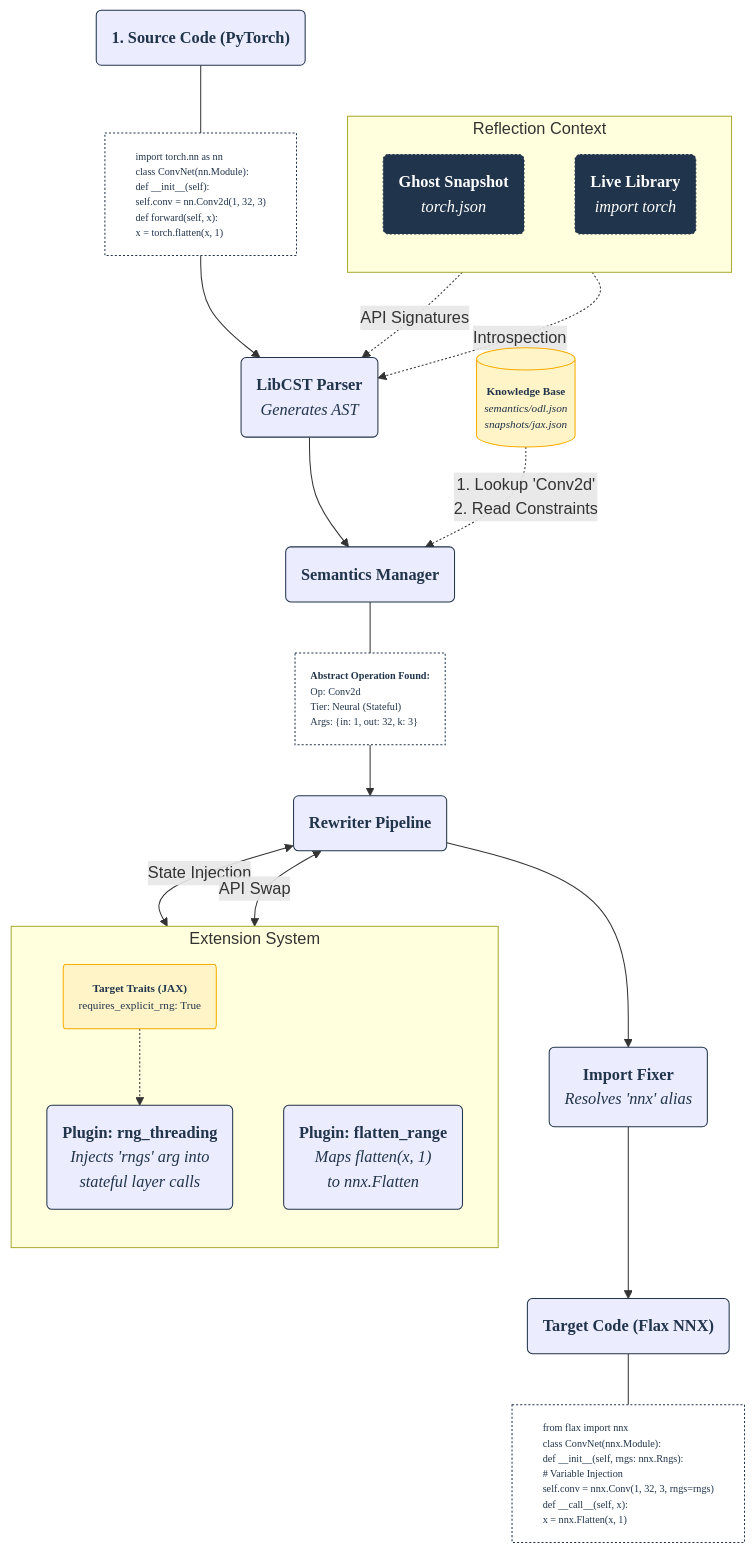
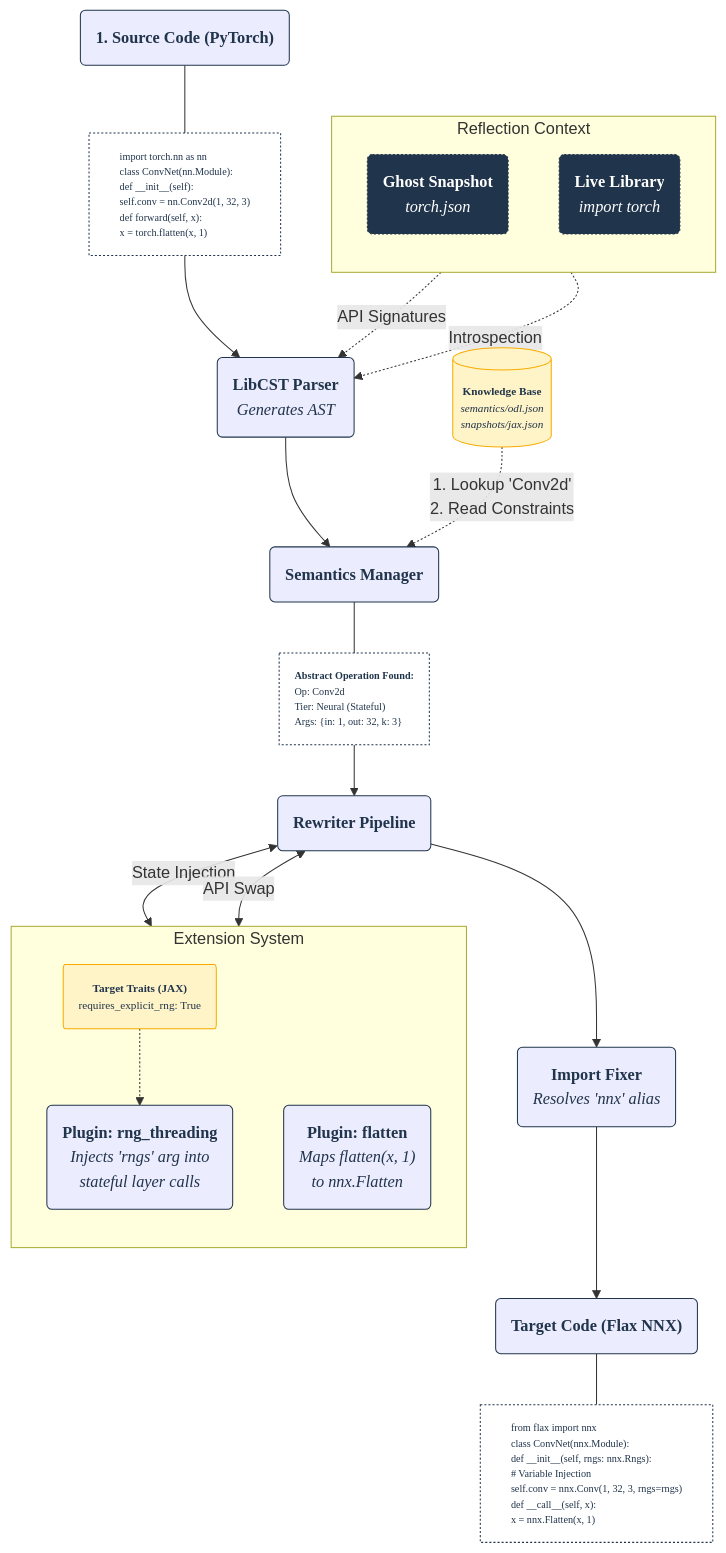
One commit to SamuelMarks/ml-switcheroo changed the second of 2 diagrams in README.md. Above: the diagram before and after it, drawn with Mermaid. The commit also changed other lines of this file and 801 other files, not shown here.

````diff
--- a/README.md
+++ b/README.md
@@ -150,72 +150,72 @@
 ```mermaid
 graph TD
     %% --- STYLE DEFINITIONS ---
     classDef default font-family:'Google Sans',color:#20344b,stroke:#20344b,stroke-width:1px;
     classDef title font-family:'Google Sans Medium',font-size:12px,color:white,stroke-width:0px,rx:4px;
     classDef code font-family:'Roboto Mono',font-size:10px,text-align:left,fill:white,color:#20344b,stroke:#20344b,stroke-dasharray:2 2,rx:0;
     classDef db font-family:'Google Sans',font-size:11px,fill:#fff4c7,stroke:#f9ab00,stroke-width:1px,rx:2px;
 
     classDef src fill:#ea4335,color:white;
     classDef eng fill:#4285f4,color:white;
     classDef hub fill:#f9ab00,color:#20344b;
     classDef plug fill:#57caff,color:#20344b;
     classDef tgt fill:#34a853,color:white;
     classDef ghost fill:#20344b,color:white,stroke-dasharray:2 2;
 
     %% 1. SOURCE
     S_HEAD("<b>1. Source Code (PyTorch)</b>"):::src,title
 
     S_CODE["import torch.nn as nn<br/>class ConvNet(nn.Module):<br/>  def __init__(self):<br/>    self.conv = nn.Conv2d(1, 32, 3)<br/>  def forward(self, x):<br/>    x = torch.flatten(x, 1)"]:::code
     S_HEAD --- S_CODE
 
     %% 2. PARSING & ANALYSIS
     P_LIBCST("<b>LibCST Parser</b><br/><i>Generates AST</i>"):::eng,title
     S_CODE --> P_LIBCST
 
     subgraph CONTEXT ["Reflection Context"]
       direction TB
       GHOST("<b>Ghost Snapshot</b><br/><i>torch.json</i>"):::ghost
       LIVE("<b>Live Library</b><br/><i>import torch</i>"):::ghost
     end
     GHOST -.->|" API Signatures "|P_LIBCST
     LIVE -.->|" Introspection "|P_LIBCST
 
     %% 3. KNOWLEDGE LOOKUP
     HUB_HEAD("<b>Semantics Manager</b>"):::hub,title
     P_LIBCST --> HUB_HEAD
 
     JSON_DB[("<b>Knowledge Base</b><br/><i>semantics/odl.json</i><br/><i>snapshots/jax.json</i>")]:::db
     JSON_DB -.->|" 1. Lookup 'Conv2d'<br/>2. Read Constraints "|HUB_HEAD
 
     ABS_NODE("<b>Abstract Operation Found:</b><br/>Op: Conv2d<br/>Tier: Neural (Stateful)<br/>Args: {in: 1, out: 32, k: 3}"):::code
     HUB_HEAD --- ABS_NODE
 
     %% 4. REWRITING REWIRING
     REWRITE("<b>Rewriter Pipeline</b>"):::eng,title
     ABS_NODE --> REWRITE
 
     subgraph PLUGINS ["Extension System"]
       direction TB
       target_trait("<b>Target Traits (JAX)</b><br/>requires_explicit_rng: True"):::db
 
       HOOK_DEF("<b>Plugin: rng_threading</b><br/><i>Injects 'rngs' arg into<br/>stateful layer calls</i>"):::plug,title
 
-      HOOK_FLAT("<b>Plugin: flatten_range</b><br/><i>Maps flatten(x, 1)<br/>to nnx.Flatten</i>"):::plug,title
+      HOOK_FLAT("<b>Plugin: flatten</b><br/><i>Maps flatten(x, 1)<br/>to nnx.Flatten</i>"):::plug,title
 
       target_trait -.-> HOOK_DEF
     end
 
     REWRITE <-->|" State Injection "|HOOK_DEF
     REWRITE <-->|" API Swap "|HOOK_FLAT
 
     %% 5. REFINEMENT
     FIXER("<b>Import Fixer</b><br/><i>Resolves 'nnx' alias</i>"):::plug,title
     REWRITE --> FIXER
 
     %% 6. TARGET
     T_HEAD("<b>Target Code (Flax NNX)</b>"):::tgt,title
     FIXER --> T_HEAD
 
     T_CODE["from flax import nnx<br/>class ConvNet(nnx.Module):<br/>  def __init__(self, rngs: nnx.Rngs):<br/>    # Variable Injection<br/>    self.conv = nnx.Conv(1, 32, 3, rngs=rngs)<br/>  def __call__(self, x):<br/>    x = nnx.Flatten(x, 1)"]:::code
     T_HEAD --- T_CODE
 ```
````
